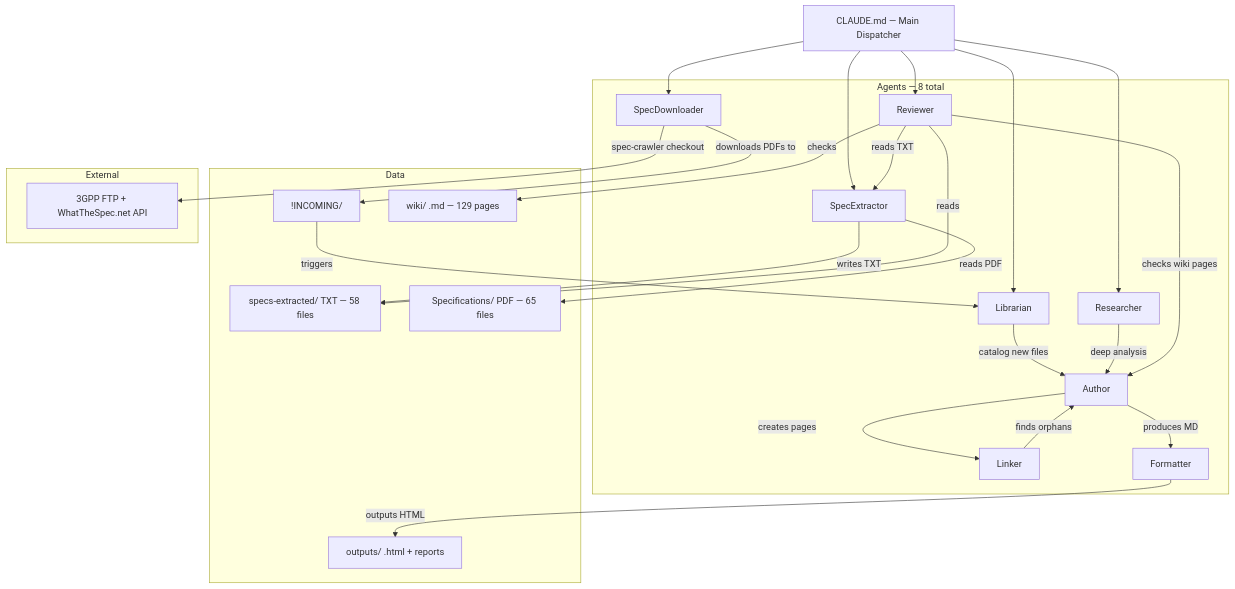
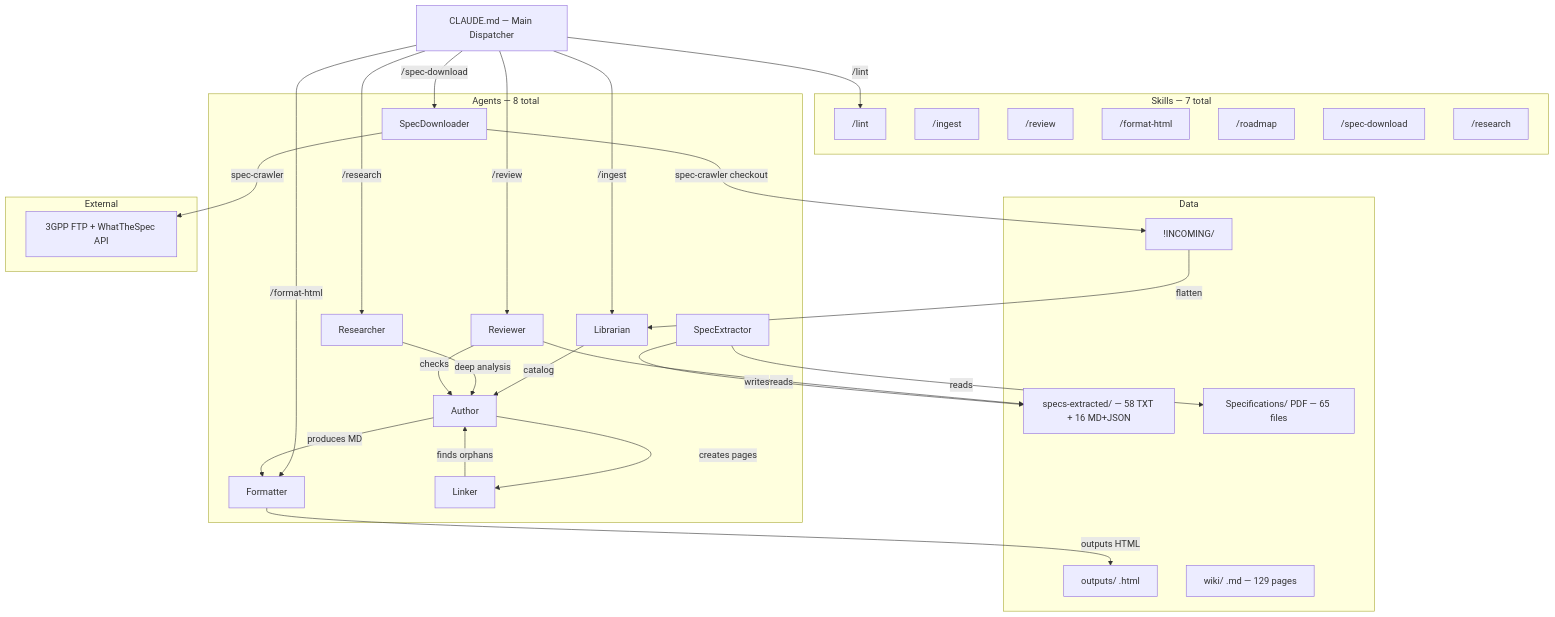
Before and after one commit to Say10Code/SpecKit: the diagram in _tech/diagrams/agent-interactions.md, drawn with Mermaid. The commit also changed other lines of this file and 10 other files, not shown here.

First line of the commit message:
@ U1-U10: архитектурные улучшения — git, хуки, категории, /research, валидатор, диаграммы

````diff
--- a/_tech/diagrams/agent-interactions.md
+++ b/_tech/diagrams/agent-interactions.md
@@ -3,57 +3,64 @@
 ```mermaid
 graph TD
     CLAUDE["CLAUDE.md — Main Dispatcher"]
 
-    CLAUDE --> Librarian
-    CLAUDE --> Researcher
-    CLAUDE --> Reviewer
-    CLAUDE --> SpecExtractor
-    CLAUDE --> SpecDownloader
+    CLAUDE -->|/spec-download| SpecDownloader
+    CLAUDE -->|/ingest| Librarian
+    CLAUDE -->|/research| Researcher
+    CLAUDE -->|/review| Reviewer
+    CLAUDE -->|/format-html| Formatter
+    CLAUDE -->|/lint| LintTool
 
-    SpecDownloader -->|downloads PDFs to| IncomingDir
-    IncomingDir["!INCOMING/"] -->|triggers| Librarian
+    SpecDownloader -->|"spec-crawler checkout"| IncomingDir
+    IncomingDir["!INCOMING/"] -->|"flatten"| Librarian
 
-    Librarian -->|catalog new files| Author
-    Researcher -->|deep analysis| Author
+    Librarian -->|"catalog"| Author
+    Researcher -->|"deep analysis"| Author
 
-    Reviewer -->|reads TXT| SpecExtractor
-    Reviewer -->|checks wiki pages| Author
+    Reviewer -->|"reads"| SpecsExtracted
+    Reviewer -->|"checks"| Author
+    SpecExtractor -->|"writes"| SpecsExtracted
+    SpecExtractor -->|"reads"| SpecsDir
 
-    Author -->|creates pages| Linker
-    Linker -->|finds orphans| Author
+    Author -->|"creates pages"| Linker
+    Linker -->|"finds orphans"| Author
 
-    Author -->|produces MD| Formatter
-    Formatter -->|outputs HTML| Outputs
+    Author -->|"produces MD"| Formatter
+    Formatter -->|"outputs HTML"| Outputs
 
-    SpecExtractor -->|writes TXT| SpecsExtracted
-    SpecExtractor -->|reads PDF| SpecsDir
+    SpecDownloader -->|"spec-crawler"| SpecSource
+    SpecSource["3GPP FTP + WhatTheSpec API"]
 
-    Reviewer -->|reads| SpecsExtracted
-    Reviewer -->|checks| Wiki
-
-    SpecDownloader -->|spec-crawler checkout| SpecSource
-    SpecSource["3GPP FTP + WhatTheSpec.net API"]
+    subgraph "Skills — 7 total"
+        LintTool["/lint"]
+        IngestSkill["/ingest"]
+        ReviewSkill["/review"]
+        FormatSkill["/format-html"]
+        RoadmapSkill["/roadmap"]
+        DownloadSkill["/spec-download"]
+        ResearchSkill["/research"]
+    end
 
     subgraph "Agents — 8 total"
         Author
         Reviewer
         Linker
         Librarian
         Researcher
         Formatter
         SpecExtractor
         SpecDownloader
     end
 
     subgraph "Data"
         SpecsDir["Specifications/ PDF — 65 files"]
-        SpecsExtracted["specs-extracted/ TXT — 58 files"]
+        SpecsExtracted["specs-extracted/ — 58 TXT + 16 MD+JSON"]
         Wiki["wiki/ .md — 129 pages"]
-        Outputs["outputs/ .html + reports"]
+        Outputs["outputs/ .html"]
         IncomingDir
     end
 
     subgraph "External"
         SpecSource
     end
 ```
````
